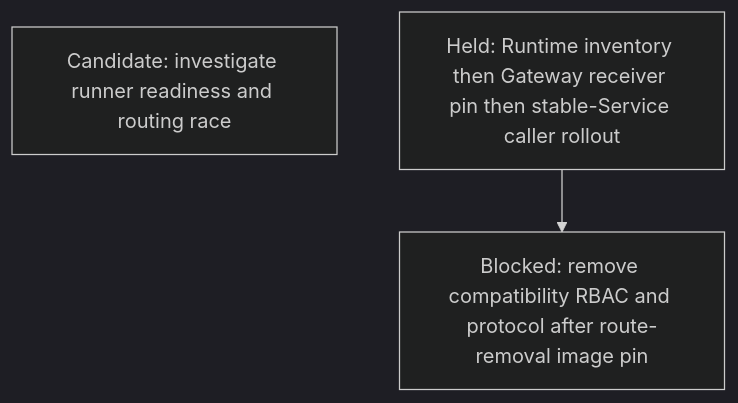
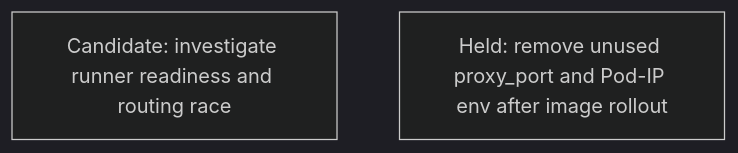
Diagram 15 of 21 in agentplane/plans/task_dag.md (agentydragon/ducktape), drawn with Mermaid (dark theme) before and after one commit. The commit also changed other lines of this file and 46 other files, not shown here.

Commit message:
Remove obsolete Runtime epochs and Gateway route permissions

````diff
--- a/agentplane/plans/task_dag.md
+++ b/agentplane/plans/task_dag.md
@@ -2431,7 +2429,5 @@
 ```mermaid
 flowchart TD
     RUNNER_OBSERVATION_READINESS_RACE[Candidate: investigate runner readiness and routing race]
-    RUNNER_GATEWAY_CUTOVER_ROLLOUT[Held: Runtime inventory then Gateway receiver pin then stable-Service caller rollout]
-    RUNNER_CONNECTION_LEASE_CLEANUP[Blocked: remove compatibility RBAC and protocol after route-removal image pin]
-    RUNNER_GATEWAY_CUTOVER_ROLLOUT --> RUNNER_CONNECTION_LEASE_CLEANUP
+    RUNNER_GATEWAY_SETTINGS_CLEANUP[Held: remove unused proxy_port and Pod-IP env after image rollout]
 ```
````
